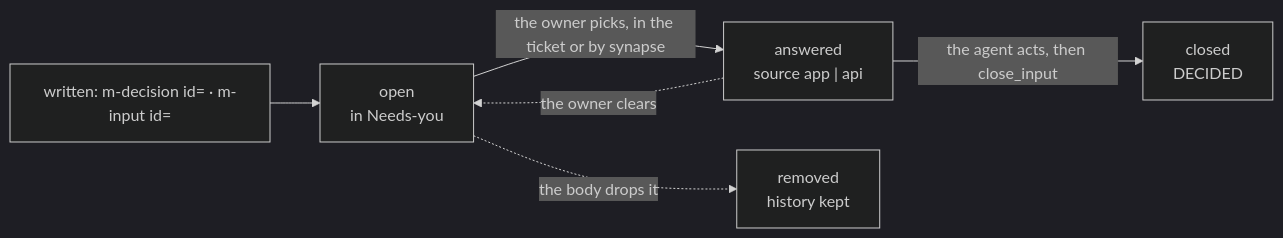
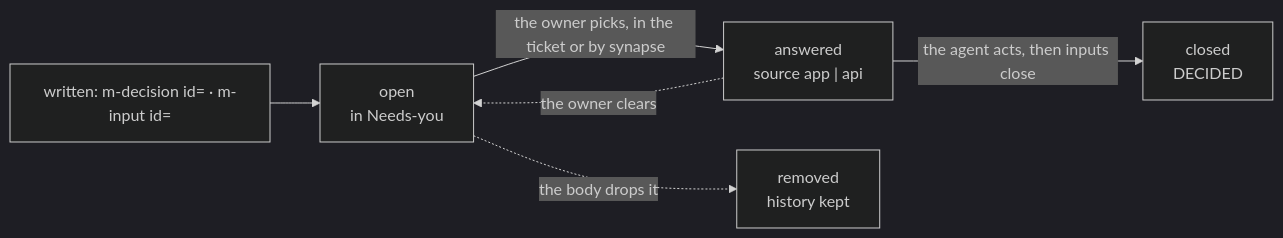
Before and after one commit to hypermemetic-ai/menger-skills: the diagram in asking/SKILL.md, drawn with Mermaid (dark theme). The commit also changed other lines of this file and 7 other files, not shown here.

````diff
--- a/asking/SKILL.md
+++ b/asking/SKILL.md
@@ -17,8 +17,8 @@
 ```mermaid
 graph LR
   W["written: m-decision id= · m-input id="] --> O["open<br/>in Needs-you"]
   O -->|"the owner picks, in the ticket or by synapse"| A["answered<br/>source app | api"]
-  A -->|"the agent acts, then close_input"| C["closed<br/>DECIDED"]
+  A -->|"the agent acts, then inputs close"| C["closed<br/>DECIDED"]
   A -.->|"the owner clears"| O
   O -.->|"the body drops it"| R["removed<br/>history kept"]
 ```
````
